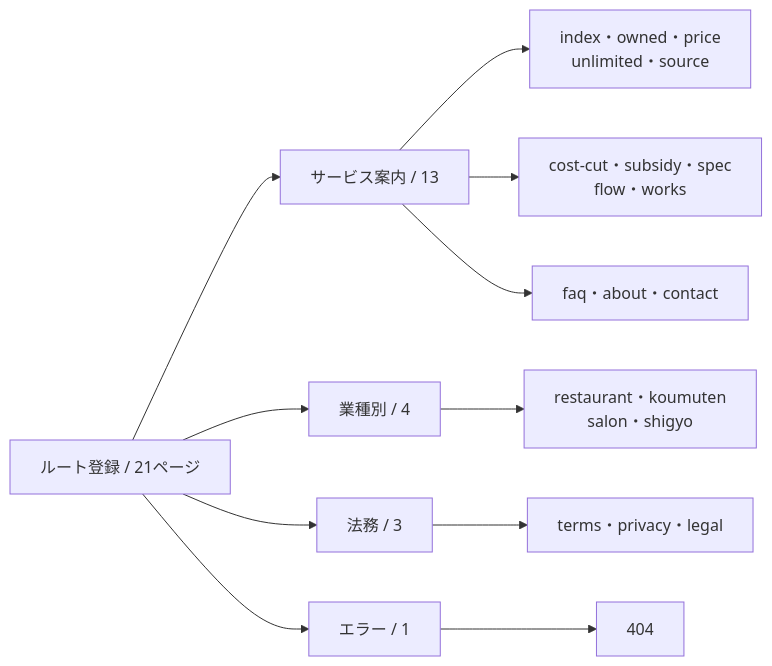
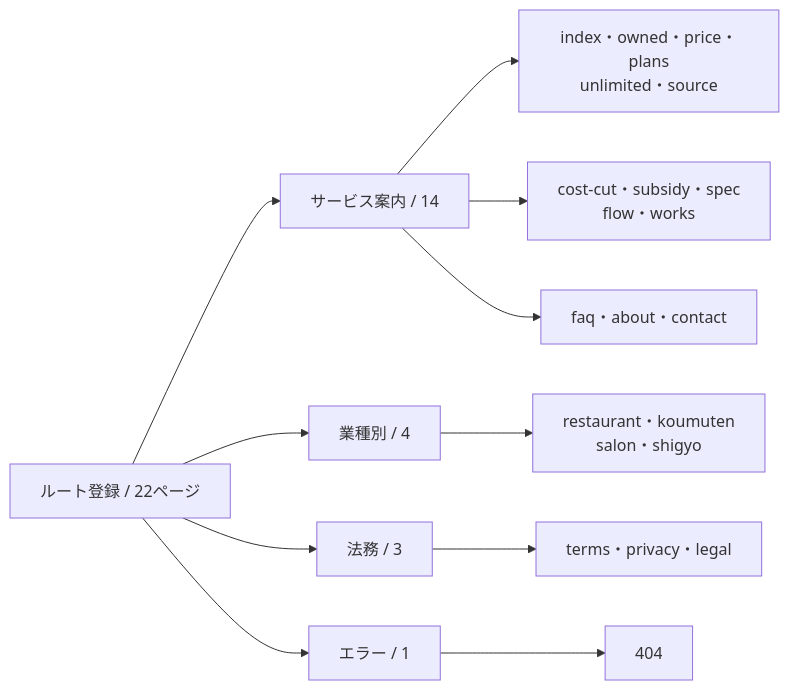
The fourth of 7 diagrams in README.md (bright-broom/tsumugi), drawn with Mermaid before and after one commit. The commit also changed other lines of this file and 31 other files, not shown here.

````diff
--- a/README.md
+++ b/README.md
@@ -151,13 +151,13 @@
 ```mermaid
 flowchart LR
-  routes["ルート登録 / 21ページ"] --> main["サービス案内 / 13"]
+  routes["ルート登録 / 22ページ"] --> main["サービス案内 / 14"]
   routes --> industry["業種別 / 4"]
   routes --> legal["法務 / 3"]
   routes --> error["エラー / 1"]
-  main --> offer["index・owned・price<br/>unlimited・source"]
+  main --> offer["index・owned・price・plans<br/>unlimited・source"]
   main --> proof["cost-cut・subsidy・spec<br/>flow・works"]
   main --> consult["faq・about・contact"]
   industry --> sectors["restaurant・koumuten<br/>salon・shigyo"]
   legal --> rules["terms・privacy・legal"]
   error --> missing["404"]
 ```
````
